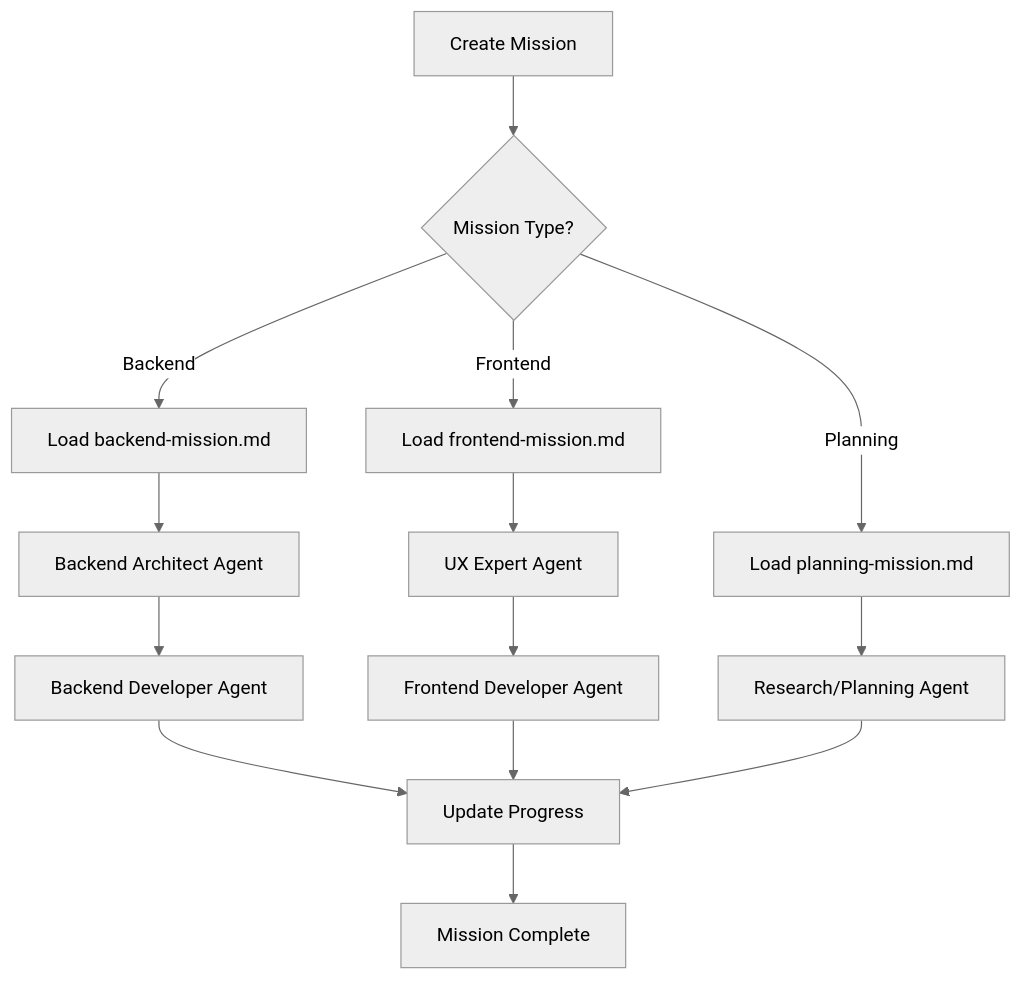
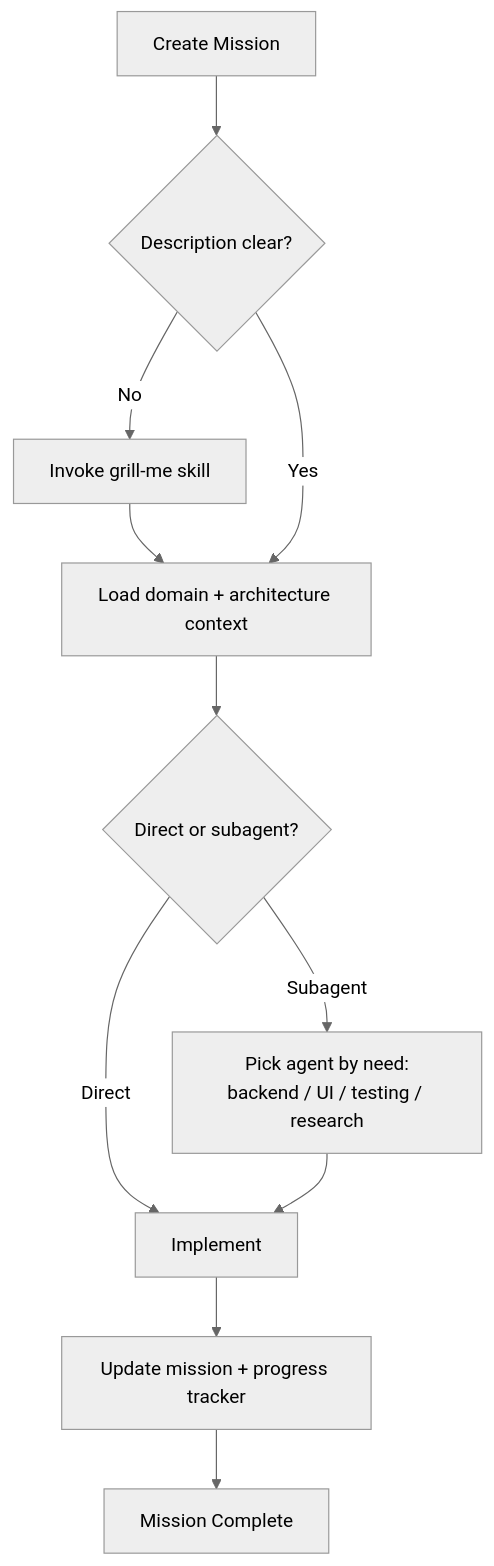
Before and after one commit to ayoubben18/ab-method: the second of 3 diagrams in README.md, drawn with Mermaid (neutral theme). The commit also changed other lines of this file and 51 other files, not shown here.

````diff
--- a/README.md
+++ b/README.md
@@ -310,20 +268,13 @@
 ```mermaid
 graph TB
-    A[Create Mission] --> B{Mission Type?}
-    B -->|Backend| C[Load backend-mission.md]
-    B -->|Frontend| D[Load frontend-mission.md]
-    B -->|Planning| E[Load planning-mission.md]
-    
-    C --> F[Backend Architect Agent]
-    F --> G[Backend Developer Agent]
-    
-    D --> H[UX Expert Agent]
-    H --> I[Frontend Developer Agent]
-    
-    E --> J[Research/Planning Agent]
-    
-    G --> K[Update Progress]
-    I --> K
-    J --> K
-    K --> L[Mission Complete]
+    A[Create Mission] --> B{Description clear?}
+    B -->|No| G[Invoke grill-me skill]
+    G --> C
+    B -->|Yes| C[Load domain + architecture context]
+    C --> D{Direct or subagent?}
+    D -->|Direct| E[Implement]
+    D -->|Subagent| F[Pick agent by need:<br/>backend / UI / testing / research]
+    F --> E
+    E --> H[Update mission + progress tracker]
+    H --> I[Mission Complete]
 ```
````
